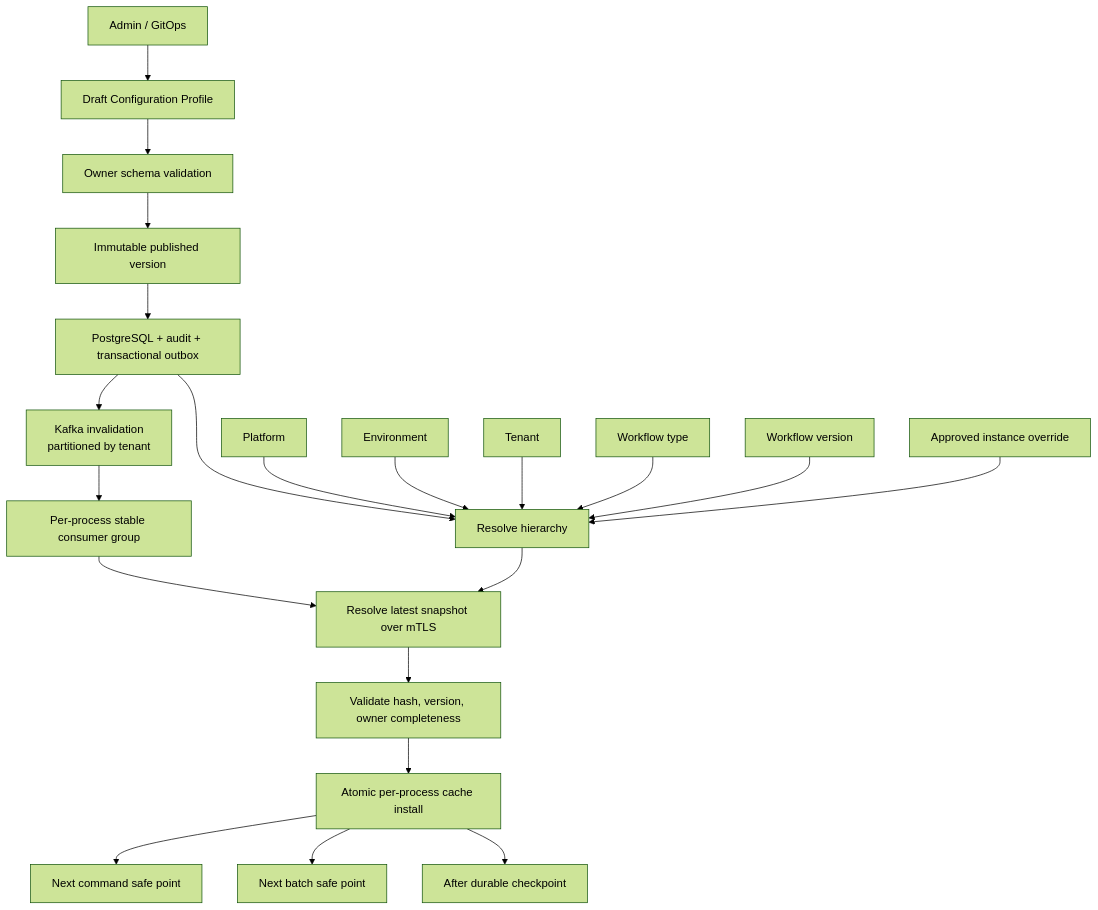
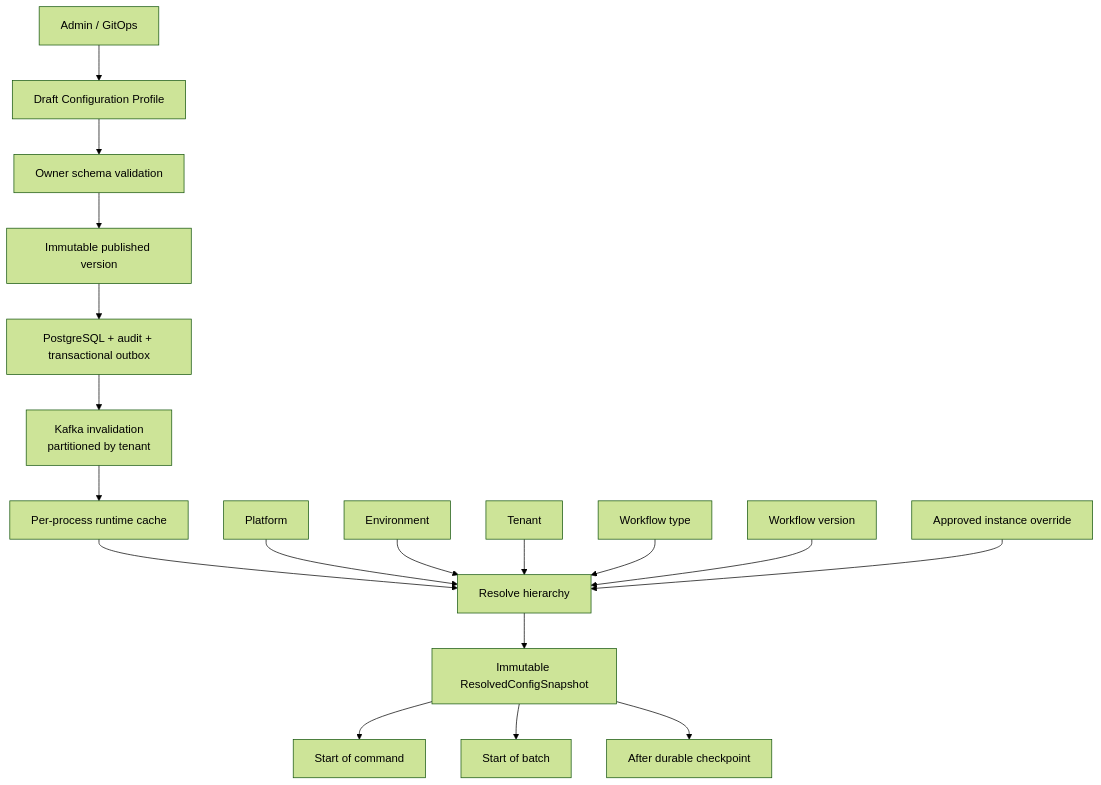
Before and after one commit to dangthobach/dangthobach.github.io: the seventh of 12 diagrams in quartz/content/BPMP-Platform/BPMP-Architecture-Technology-Deep-Dive.md, drawn with Mermaid (forest theme). The commit also changed other lines of this file and 1 other file, not shown here.

````diff
--- a/quartz/content/BPMP-Platform/BPMP-Architecture-Technology-Deep-Dive.md
+++ b/quartz/content/BPMP-Platform/BPMP-Architecture-Technology-Deep-Dive.md
@@ -270,24 +279,21 @@
 ```mermaid
 flowchart TB
     ADMIN["Admin / GitOps"] --> DRAFT["Draft Configuration Profile"]
     DRAFT --> VALIDATE["Owner schema validation"]
     VALIDATE --> PUBLISH["Immutable published version"]
     PUBLISH --> DB["PostgreSQL + audit + transactional outbox"]
-    DB --> BUS["Kafka invalidation\npartitioned by tenant"]
-    BUS --> CONSUMER["Per-process stable consumer group"]
-    CONSUMER --> API["Resolve latest snapshot over mTLS"]
-    API --> INSTALL["Validate hash, version, owner completeness"]
-    INSTALL --> CACHE["Atomic per-process cache install"]
-    CACHE --> COMMAND["Next command safe point"]
-    CACHE --> BATCH["Next batch safe point"]
-    CACHE --> CHECKPOINT["After durable checkpoint"]
+    DB --> BUS["Kafka invalidation<br/>partitioned by tenant"]
+    BUS --> CACHE["Per-process runtime cache"]
+    CACHE --> RESOLVE["Resolve hierarchy"]
+    RESOLVE --> SNAP["Immutable ResolvedConfigSnapshot"]
+    SNAP --> COMMAND["Start of command"]
+    SNAP --> BATCH["Start of batch"]
+    SNAP --> CHECKPOINT["After durable checkpoint"]
 
-    DB --> RESOLVE["Resolve hierarchy"]
     PLATFORM["Platform"] --> RESOLVE
     ENV["Environment"] --> RESOLVE
     TENANT["Tenant"] --> RESOLVE
     TYPE["Workflow type"] --> RESOLVE
     VERSION["Workflow version"] --> RESOLVE
     INSTANCE["Approved instance override"] --> RESOLVE
-    RESOLVE --> API
 ```
````
